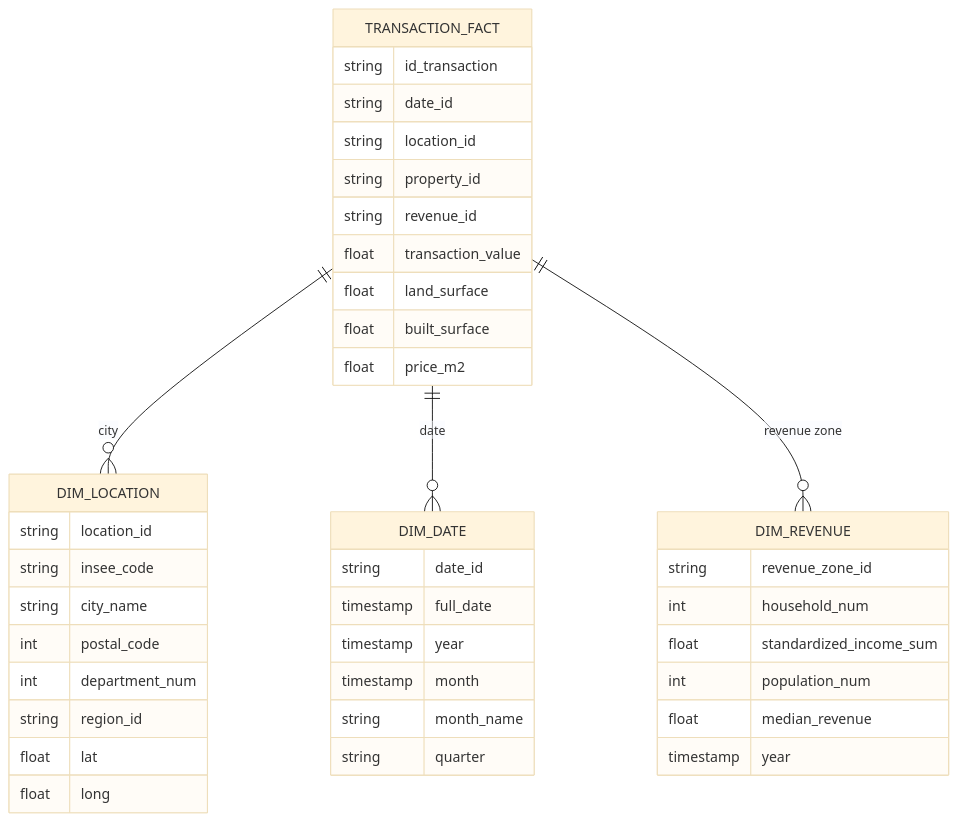
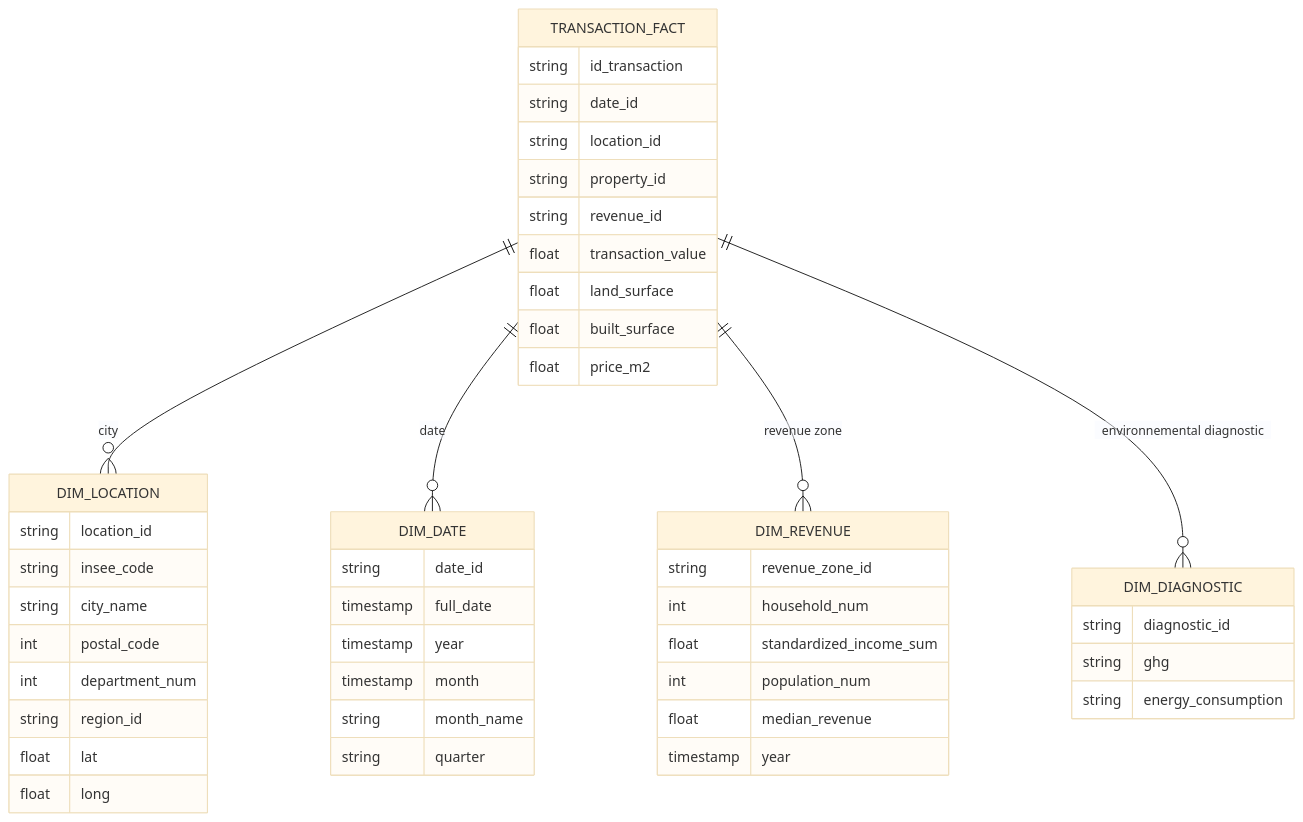
One commit to LucSAMAIN/city_vibe changed the diagram in README.md. Above: the diagram before and after it, drawn with Mermaid (base theme). The commit also changed other lines of this file, not shown here.

Commit message:
upgrade readme with diagnostic dimension

````diff
--- a/README.md
+++ b/README.md
@@ -37,43 +37,49 @@
 ```mermaid
 erDiagram
     TRANSACTION_FACT ||--o{ DIM_LOCATION : city
     TRANSACTION_FACT ||--o{ DIM_DATE : date
     TRANSACTION_FACT ||--o{ DIM_REVENUE : "revenue zone"
+    TRANSACTION_FACT ||--o{ DIM_DIAGNOSTIC : "environnemental diagnostic"
     TRANSACTION_FACT {
       string id_transaction
       string  date_id
       string  location_id
       string  property_id
       string  revenue_id
       float transaction_value
       float land_surface
       float built_surface
       float price_m2
     }
     DIM_LOCATION {
       string location_id
       string insee_code
       string city_name
       int postal_code
       int department_num
       string region_id
       float lat
       float long
     }
     DIM_DATE {
       string date_id
       timestamp full_date
       timestamp year
       timestamp month
       string month_name
       string quarter
     }
    DIM_REVENUE {
       string revenue_zone_id
       int household_num
       float standardized_income_sum
       int population_num
       float median_revenue
       timestamp year
     }
+   DIM_DIAGNOSTIC {
+      string diagnostic_id
+      string ghg
+      string energy_consumption
+    }
 ```
````
